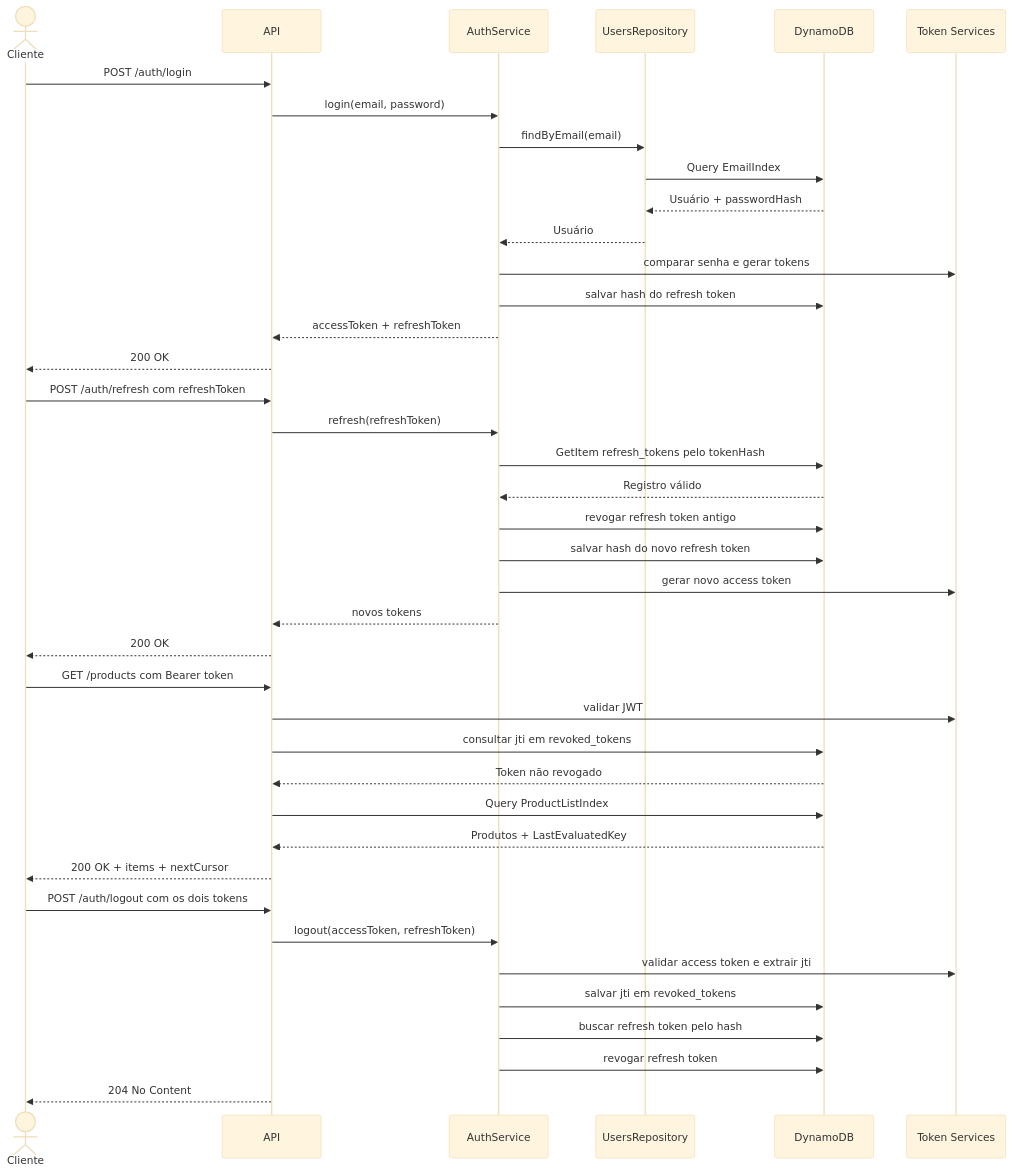
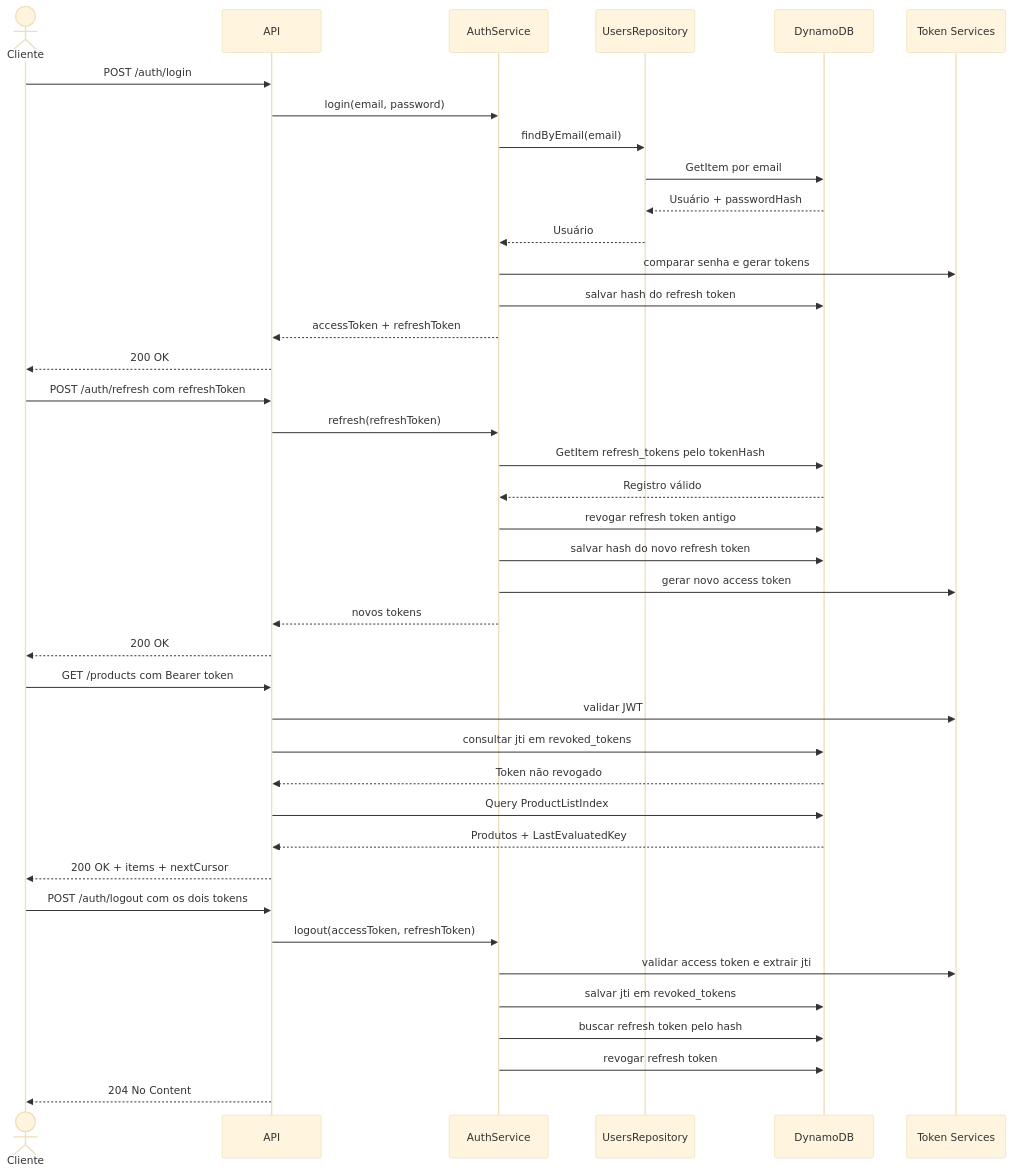
Before and after one commit to buss-dev/node-auth-api: the diagram in README.md, drawn with Mermaid (base theme). The commit also changed 8 other files, not shown here.

````diff
--- a/README.md
+++ b/README.md
@@ -164,46 +164,46 @@
 ```mermaid
 sequenceDiagram
     actor Cliente
     participant API
     participant AuthService
     participant Users as UsersRepository
     participant DynamoDB
     participant Tokens as Token Services
 
     Cliente->>API: POST /auth/login
     API->>AuthService: login(email, password)
     AuthService->>Users: findByEmail(email)
-    Users->>DynamoDB: Query EmailIndex
+    Users->>DynamoDB: GetItem por email
     DynamoDB-->>Users: Usuário + passwordHash
     Users-->>AuthService: Usuário
     AuthService->>Tokens: comparar senha e gerar tokens
     AuthService->>DynamoDB: salvar hash do refresh token
     AuthService-->>API: accessToken + refreshToken
     API-->>Cliente: 200 OK
 
     Cliente->>API: POST /auth/refresh com refreshToken
     API->>AuthService: refresh(refreshToken)
     AuthService->>DynamoDB: GetItem refresh_tokens pelo tokenHash
     DynamoDB-->>AuthService: Registro válido
     AuthService->>DynamoDB: revogar refresh token antigo
     AuthService->>DynamoDB: salvar hash do novo refresh token
     AuthService->>Tokens: gerar novo access token
     AuthService-->>API: novos tokens
     API-->>Cliente: 200 OK
 
     Cliente->>API: GET /products com Bearer token
     API->>Tokens: validar JWT
     API->>DynamoDB: consultar jti em revoked_tokens
     DynamoDB-->>API: Token não revogado
     API->>DynamoDB: Query ProductListIndex
     DynamoDB-->>API: Produtos + LastEvaluatedKey
     API-->>Cliente: 200 OK + items + nextCursor
 
     Cliente->>API: POST /auth/logout com os dois tokens
     API->>AuthService: logout(accessToken, refreshToken)
     AuthService->>Tokens: validar access token e extrair jti
     AuthService->>DynamoDB: salvar jti em revoked_tokens
     AuthService->>DynamoDB: buscar refresh token pelo hash
     AuthService->>DynamoDB: revogar refresh token
     API-->>Cliente: 204 No Content
 ```
````
